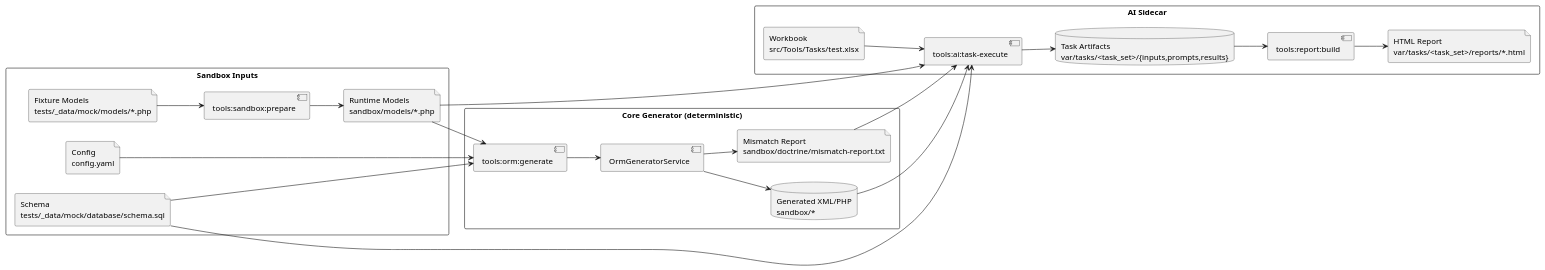
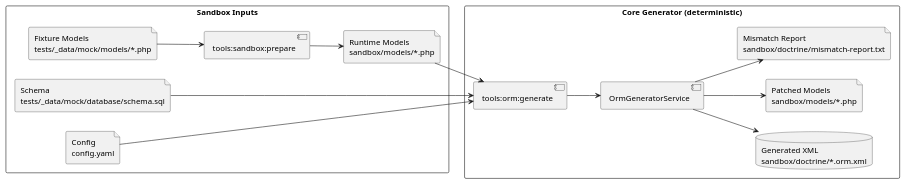
One commit to proger4/doctrinify changed the diagram in docs/dataflow.puml. Above: the diagram before and after it, drawn with PlantUML. The commit also changed 68 other files, not shown here.

```diff
--- a/docs/dataflow.puml
+++ b/docs/dataflow.puml
@@ -1,47 +1,31 @@
 @startuml
 left to right direction
 
 rectangle "Sandbox Inputs" {
     file "Runtime Models\nsandbox/models/*.php" as models
     file "Fixture Models\ntests/_data/mock/models/*.php" as fixtures
     file "Schema\ntests/_data/mock/database/schema.sql" as schema
     file "Config\nconfig.yaml" as cfg
     component "tools:sandbox:prepare" as prepCmd
 }
 
 rectangle "Core Generator (deterministic)" {
     component "tools:orm:generate" as genCmd
     component "OrmGeneratorService" as orm
-    database "Generated XML/PHP\nsandbox/*" as genOut
+    database "Generated XML\nsandbox/doctrine/*.orm.xml" as genOut
+    file "Patched Models\nsandbox/models/*.php" as patched
     file "Mismatch Report\nsandbox/doctrine/mismatch-report.txt" as mismatch
-}
-
-rectangle "AI Sidecar" {
-    file "Workbook\nsrc/Tools/Tasks/test.xlsx" as xlsx
-    component "tools:ai:task-execute" as aiCmd
-    database "Task Artifacts\nvar/tasks/<task_set>/{inputs,prompts,results}" as taskOut
-    component "tools:report:build" as repCmd
-    file "HTML Report\nvar/tasks/<task_set>/reports/*.html" as html
 }
 
 fixtures --> prepCmd
 prepCmd --> models
 models --> genCmd
 schema --> genCmd
 cfg --> genCmd
 
 genCmd --> orm
 orm --> genOut
+orm --> patched
 orm --> mismatch
 
-xlsx --> aiCmd
-models --> aiCmd
-schema --> aiCmd
-genOut --> aiCmd
-mismatch --> aiCmd
-aiCmd --> taskOut
-
-taskOut --> repCmd
-repCmd --> html
-
 @enduml
```
